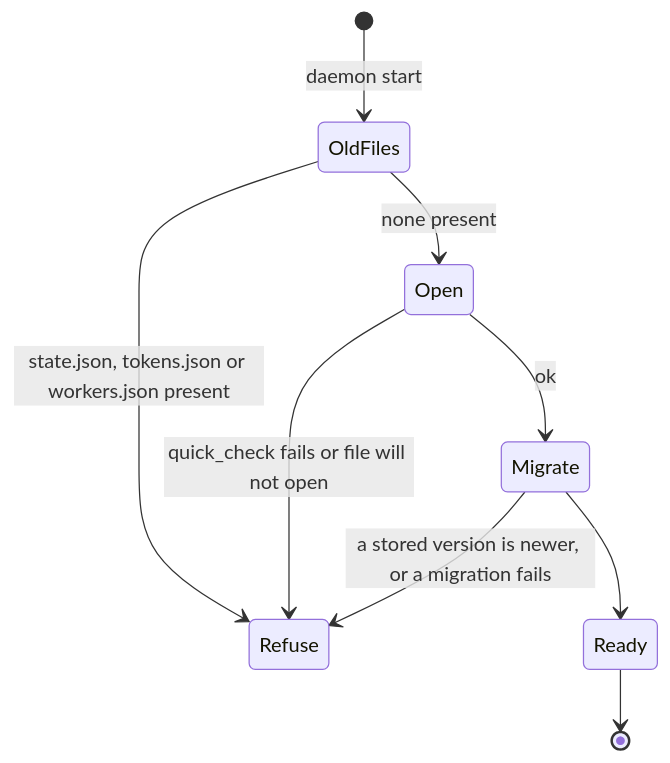
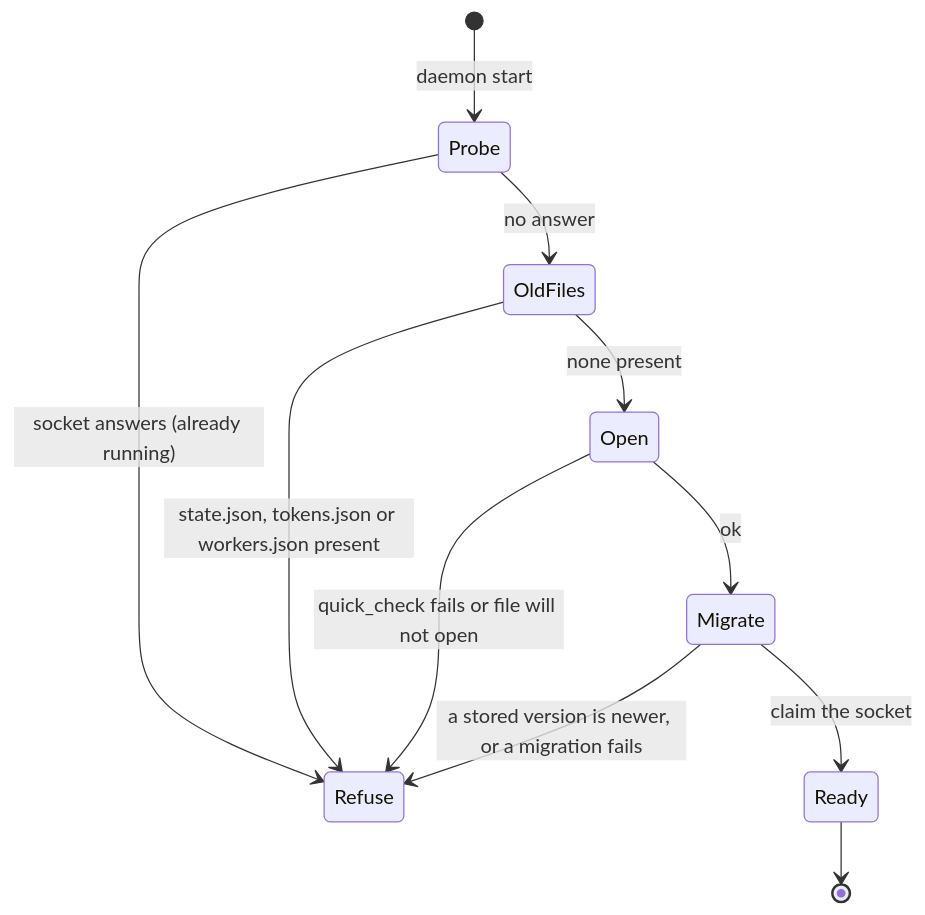
The second of 2 diagrams in docs/internal/adr/0036-daemon-state-is-a-sqlite-database-whose-tables-each-owner-keeps.md (callstackincubator/simlock), drawn with Mermaid before and after one commit. The commit also changed other lines of this file, not shown here.

Commit message:
docs(adr): 0036 start order is probe, open and migrate, then claim

````diff
--- a/docs/internal/adr/0036-daemon-state-is-a-sqlite-database-whose-tables-each-owner-keeps.md
+++ b/docs/internal/adr/0036-daemon-state-is-a-sqlite-database-whose-tables-each-owner-keeps.md
@@ -134,11 +134,13 @@
 ```mermaid
 stateDiagram-v2
-  [*] --> OldFiles: daemon start
+  [*] --> Probe: daemon start
+  Probe --> Refuse: socket answers (already running)
+  Probe --> OldFiles: no answer
   OldFiles --> Refuse: state.json, tokens.json or workers.json present
   OldFiles --> Open: none present
   Open --> Refuse: quick_check fails or file will not open
   Open --> Migrate: ok
   Migrate --> Refuse: a stored version is newer, or a migration fails
-  Migrate --> Ready
+  Migrate --> Ready: claim the socket
   Ready --> [*]
 ```
````
